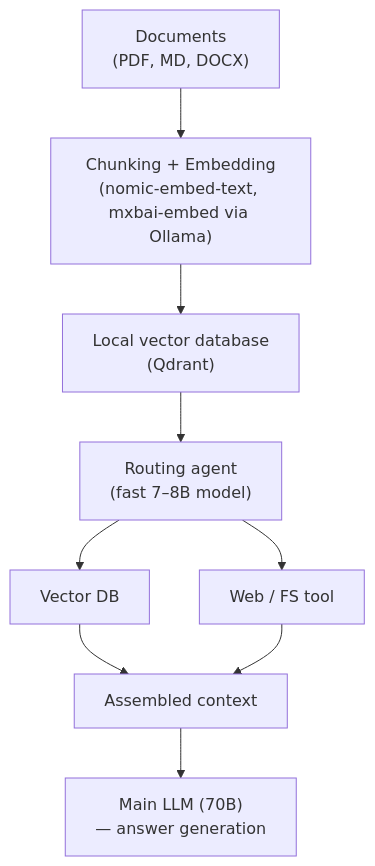
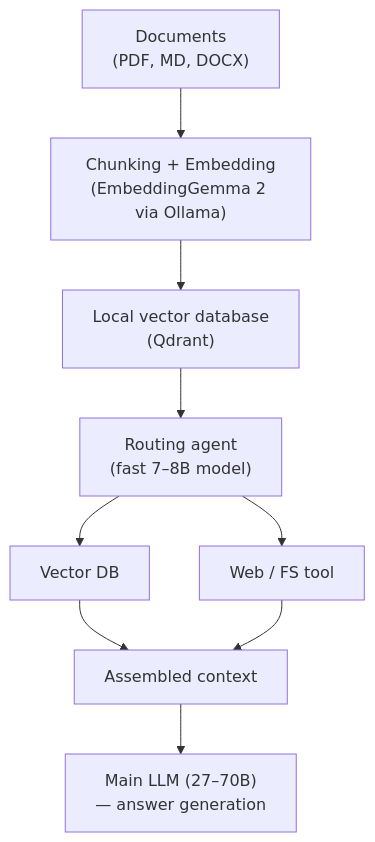
One commit to DamienBecherini/ia-on-prem-vault changed the diagram in en/03-stack-logicielle/rag-and-agents.md. Above: the diagram before and after it, drawn with Mermaid. The commit also changed other lines of this file and 118 other files, not shown here.

````diff
--- a/en/03-stack-logicielle/rag-and-agents.md
+++ b/en/03-stack-logicielle/rag-and-agents.md
@@ -193,11 +194,11 @@
 ```mermaid
 flowchart TD
-    A["Documents\n(PDF, MD, DOCX)"] --> B["Chunking + Embedding\n(nomic-embed-text, mxbai-embed via Ollama)"]
+    A["Documents\n(PDF, MD, DOCX)"] --> B["Chunking + Embedding\n(EmbeddingGemma 2 via Ollama)"]
     B --> C["Local vector database\n(Qdrant)"]
     C --> D["Routing agent\n(fast 7–8B model)"]
     D --> E["Vector DB"]
     D --> F["Web / FS tool"]
     E --> G["Assembled context"]
     F --> G
-    G --> H["Main LLM (70B)\n— answer generation"]
+    G --> H["Main LLM (27–70B)\n— answer generation"]
 ```
````
